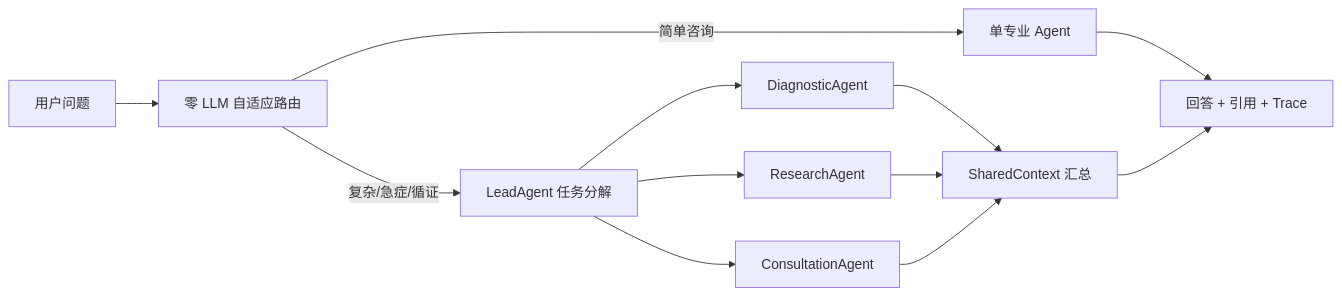
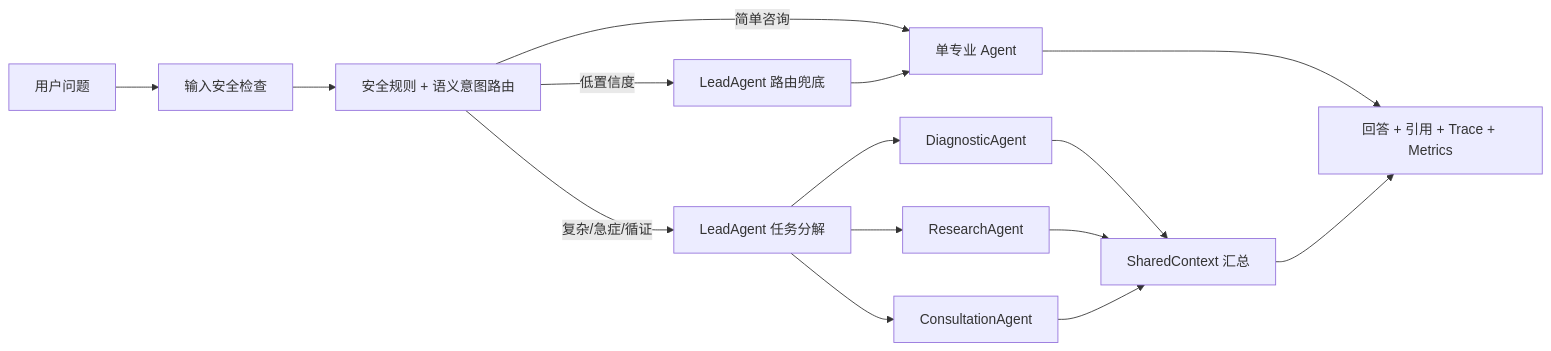
One commit to gakkijj/Medical-Assistant changed the diagram in README.md. Above: the diagram before and after it, drawn with Mermaid. The commit also changed other lines of this file and 41 other files, not shown here.

````diff
--- a/README.md
+++ b/README.md
@@ -23,14 +25,17 @@
 ```mermaid
 flowchart LR
-    U[用户问题] --> R[零 LLM 自适应路由]
+    U[用户问题] --> G[输入安全检查]
+    G --> R[安全规则 + 语义意图路由]
+    R -->|低置信度| F[LeadAgent 路由兜底]
     R -->|简单咨询| S[单专业 Agent]
     R -->|复杂/急症/循证| L[LeadAgent 任务分解]
     L --> W1[DiagnosticAgent]
     L --> W2[ResearchAgent]
     L --> W3[ConsultationAgent]
     W1 --> C[SharedContext 汇总]
     W2 --> C
     W3 --> C
-    S --> O[回答 + 引用 + Trace]
+    F --> S
+    S --> O[回答 + 引用 + Trace + Metrics]
     C --> O
 ```
````
